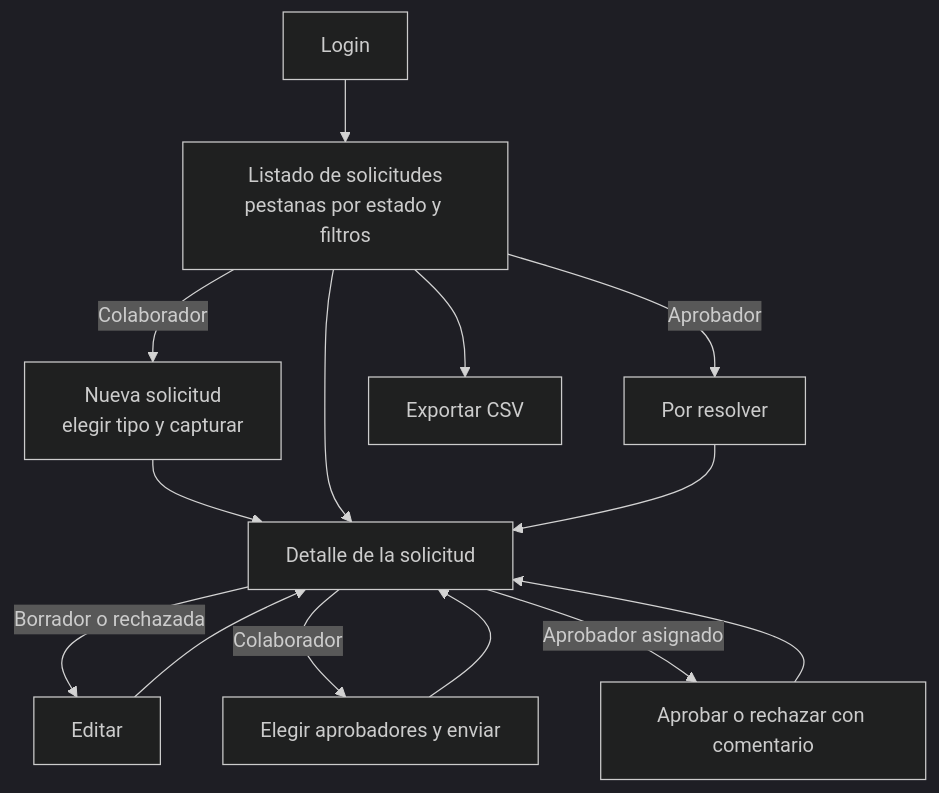
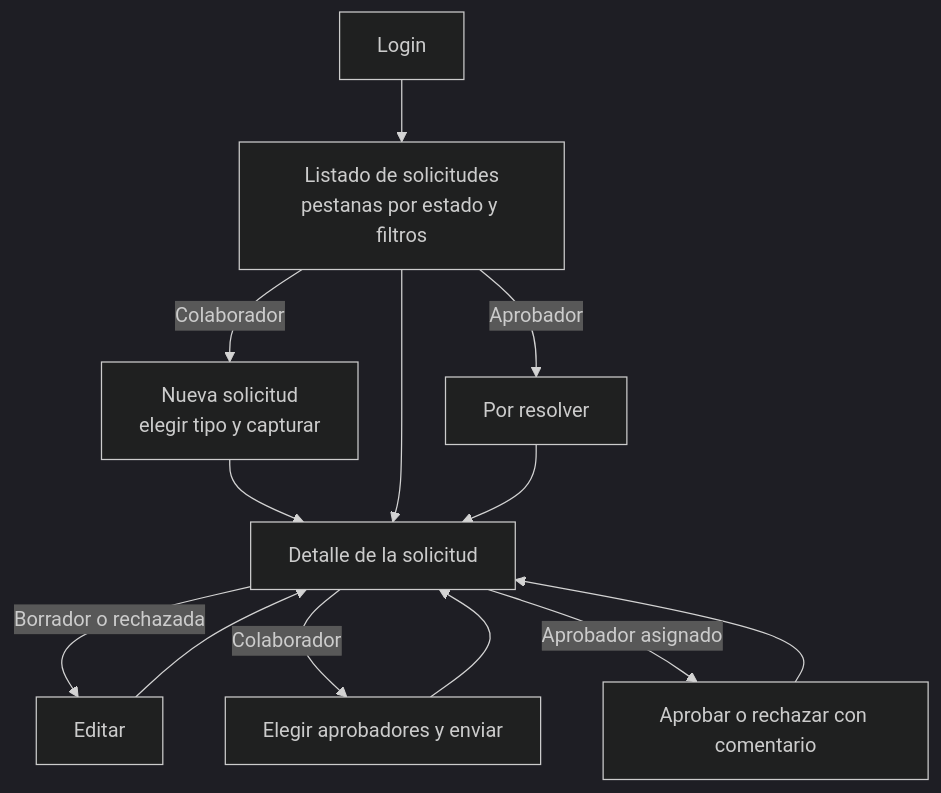
Before and after one commit to AntonioOrtega32/solicitudes-prueba: the fourth of 4 diagrams in README.md, drawn with Mermaid (dark theme). The commit also changed other lines of this file, not shown here.

````diff
--- a/README.md
+++ b/README.md
@@ -219,16 +218,15 @@
 ```mermaid
 flowchart TD
     L[Login] --> LI[Listado de solicitudes<br/>pestanas por estado y filtros]
     LI -->|Colaborador| NU[Nueva solicitud<br/>elegir tipo y capturar]
     NU --> DE[Detalle de la solicitud]
     LI --> DE
     DE -->|Borrador o rechazada| ED[Editar]
     ED --> DE
     DE -->|Colaborador| EN[Elegir aprobadores y enviar]
     EN --> DE
     LI -->|Aprobador| PR[Por resolver]
     PR --> DE
     DE -->|Aprobador asignado| RE[Aprobar o rechazar con comentario]
     RE --> DE
-    LI --> EX[Exportar CSV]
 ```
````
